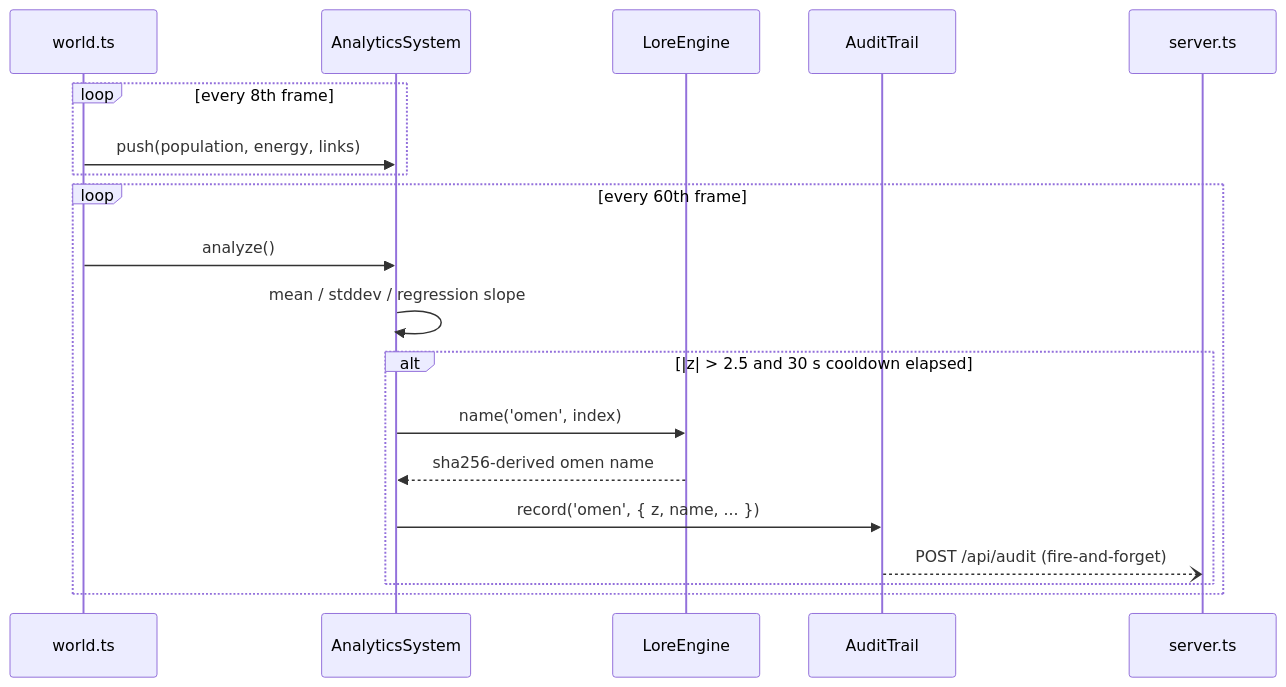
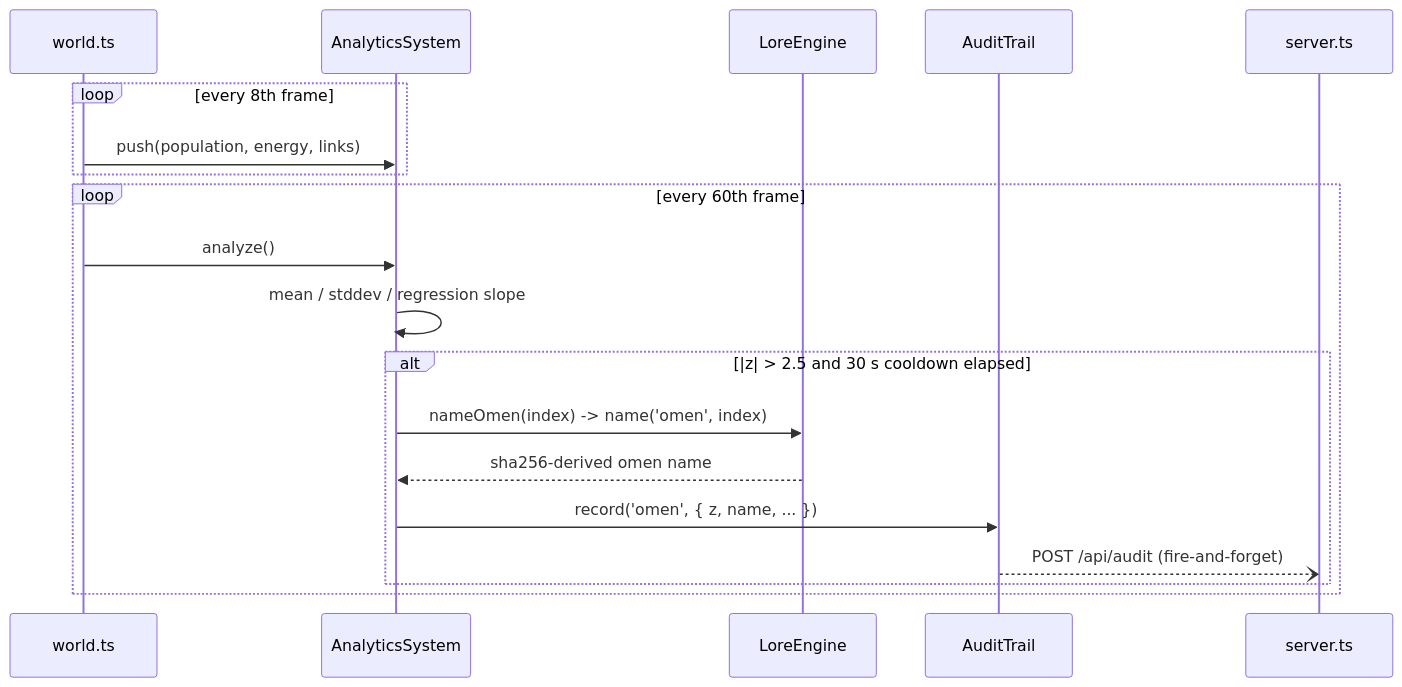
The sixth of 7 diagrams in docs/ERD.md (0thernes/cosmogonic-quantum-mechalogodrom), drawn with Mermaid before and after one commit. The commit also changed other lines of this file and 47 other files, not shown here.

````diff
--- a/docs/ERD.md
+++ b/docs/ERD.md
@@ -336,22 +342,22 @@
 ```mermaid
 sequenceDiagram
   participant W as world.ts
   participant A as AnalyticsSystem
   participant L as LoreEngine
   participant AT as AuditTrail
   participant Srv as server.ts
 
   loop every 8th frame
     W->>A: push(population, energy, links)
   end
   loop every 60th frame
     W->>A: analyze()
     A->>A: mean / stddev / regression slope
     alt |z| > 2.5 and 30 s cooldown elapsed
-      A->>L: name('omen', index)
+      A->>L: nameOmen(index) -> name('omen', index)
       L-->>A: sha256-derived omen name
       A->>AT: record('omen', { z, name, ... })
       AT--)Srv: POST /api/audit (fire-and-forget)
     end
   end
 ```
````
